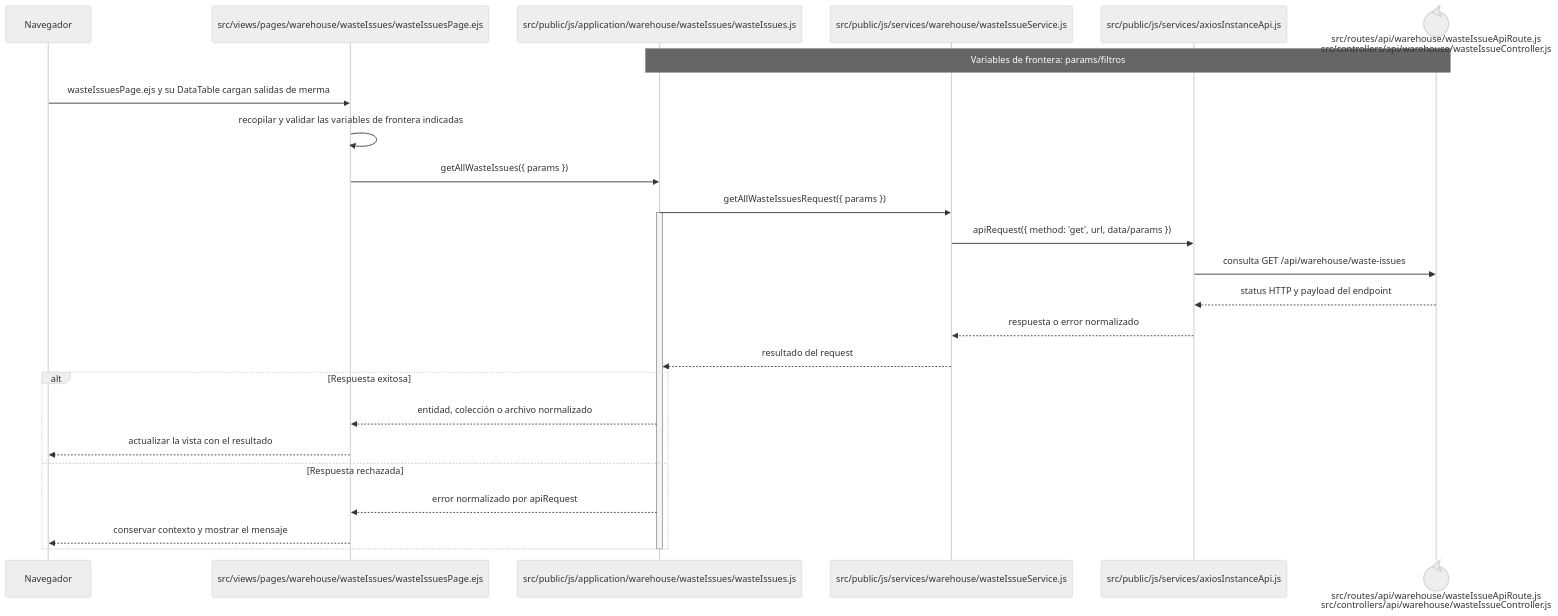
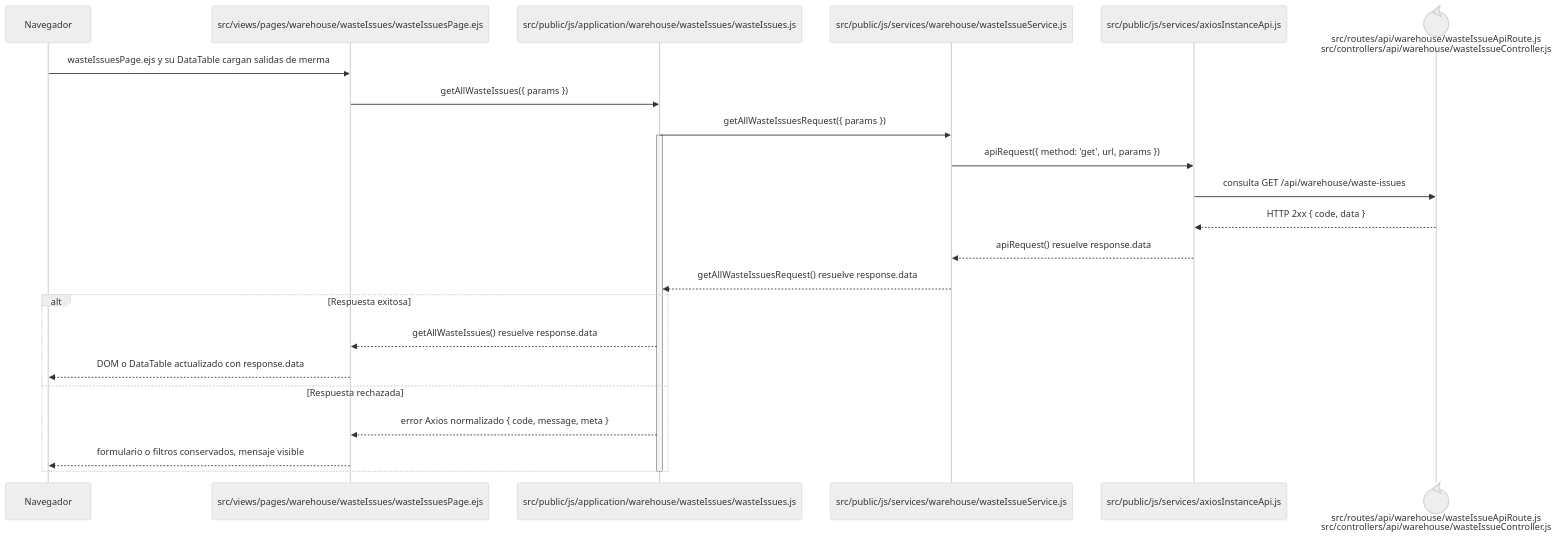
One commit to gpgsistemas01/nexus changed the diagram in docs/architecture/frontend-code-sequences/issues/cu-sal-08.md. Above: the diagram before and after it, drawn with Mermaid (neutral theme). The commit also changed 148 other files, not shown here.

````diff
--- a/docs/architecture/frontend-code-sequences/issues/cu-sal-08.md
+++ b/docs/architecture/frontend-code-sequences/issues/cu-sal-08.md
@@ -6,29 +6,27 @@
 ```mermaid
 sequenceDiagram
     participant Browser as Navegador
     participant View as src/views/pages/warehouse/wasteIssues/wasteIssuesPage.ejs
     participant Application as src/public/js/application/warehouse/wasteIssues/wasteIssues.js
     participant Request as src/public/js/services/warehouse/wasteIssueService.js
     participant HTTP as src/public/js/services/axiosInstanceApi.js
     participant Transport@{ "type": "control" } as src/routes/api/warehouse/wasteIssueApiRoute.js<br/>src/controllers/api/warehouse/wasteIssueController.js
-    Note over Application,Transport: Variables de frontera: params/filtros
 
     Browser->>View: wasteIssuesPage.ejs y su DataTable cargan salidas de merma
-    View->>View: recopilar y validar las variables de frontera indicadas
     View->>Application: getAllWasteIssues({ params })
     Application->>Request: getAllWasteIssuesRequest({ params })
     activate Application
-    Request->>HTTP: apiRequest({ method: 'get', url, data/params })
+    Request->>HTTP: apiRequest({ method: 'get', url, params })
     HTTP->>Transport: consulta GET /api/warehouse/waste-issues
-    Transport-->>HTTP: status HTTP y payload del endpoint
-    HTTP-->>Request: respuesta o error normalizado
-    Request-->>Application: resultado del request
+    Transport-->>HTTP: HTTP 2xx { code, data }
+    HTTP-->>Request: apiRequest() resuelve response.data
+    Request-->>Application: getAllWasteIssuesRequest() resuelve response.data
     alt Respuesta exitosa
-        Application-->>View: entidad, colección o archivo normalizado
-        View-->>Browser: actualizar la vista con el resultado
+        Application-->>View: getAllWasteIssues() resuelve response.data
+        View-->>Browser: DOM o DataTable actualizado con response.data
     else Respuesta rechazada
-        Application-->>View: error normalizado por apiRequest
-        View-->>Browser: conservar contexto y mostrar el mensaje
+        Application-->>View: error Axios normalizado { code, message, meta }
+        View-->>Browser: formulario o filtros conservados, mensaje visible
     end
     deactivate Application
 ```
````
